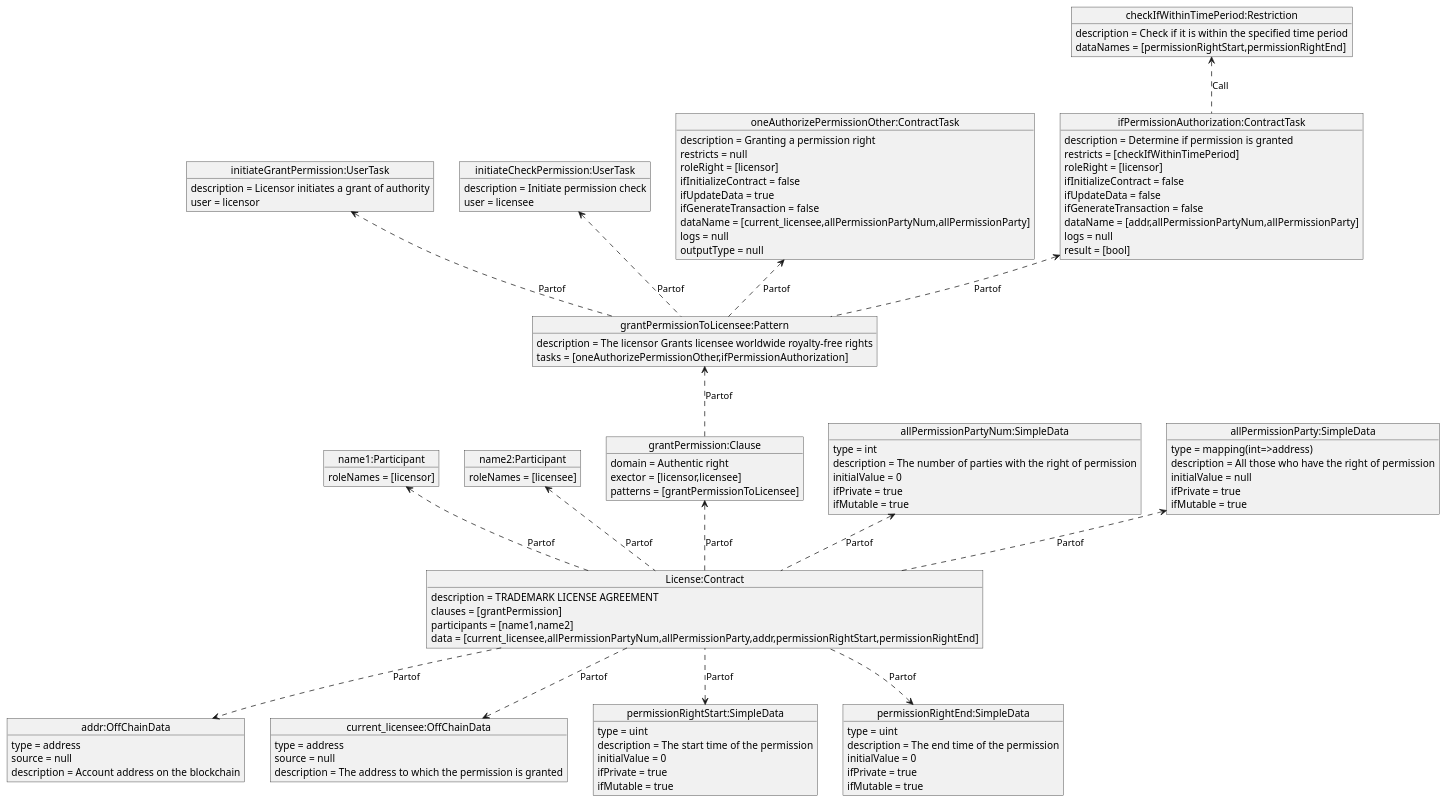
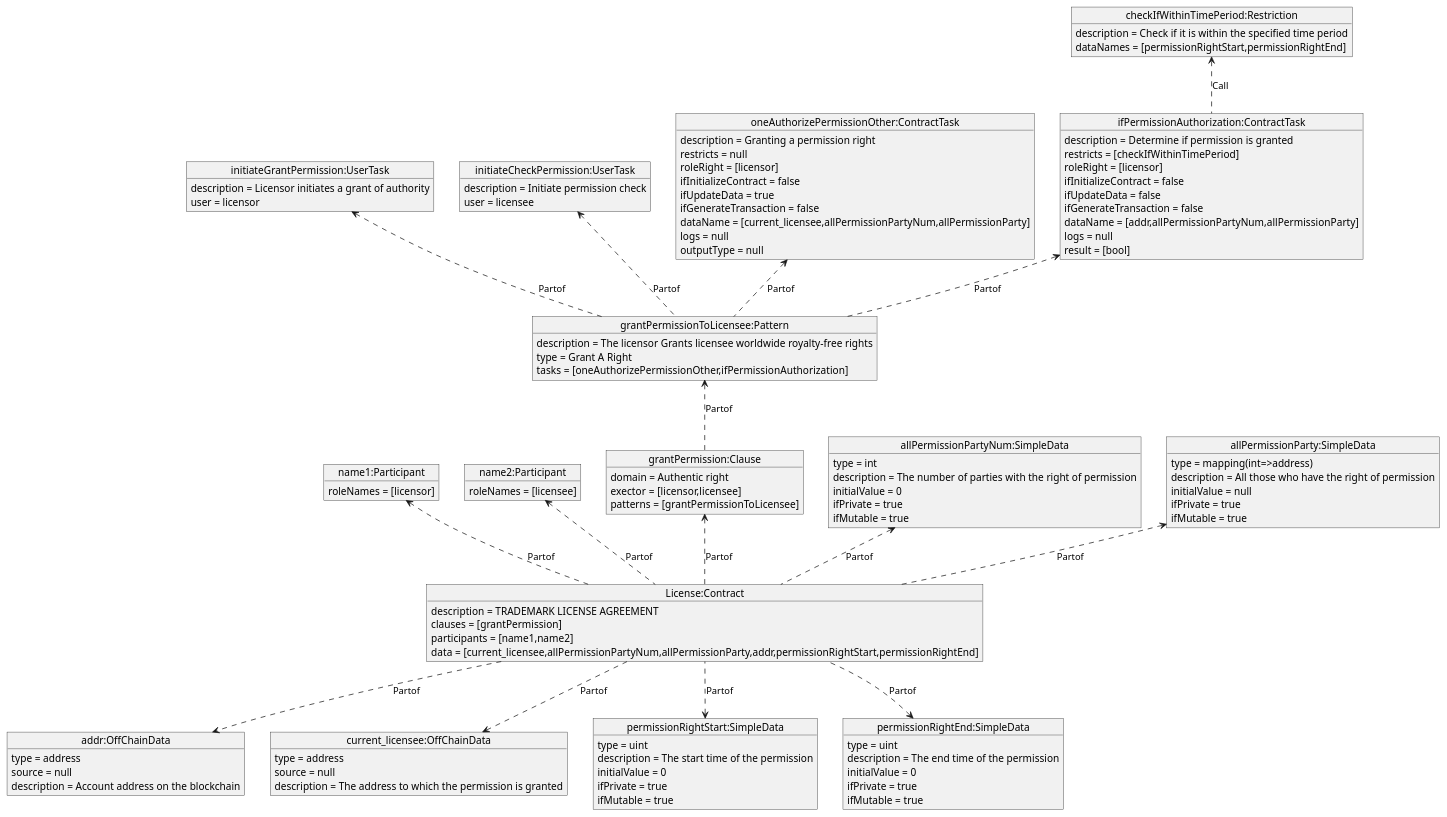
One commit to HIT-LWY/sc_MDA_code changed the diagram in plantUML_dia/a.puml. Above: the diagram before and after it, drawn with PlantUML. The commit also changed 3 other files, not shown here.

```diff
--- a/plantUML_dia/a.puml
+++ b/plantUML_dia/a.puml
@@ -1,97 +1,98 @@
 @startuml
 'https://plantuml.com/object-diagram
 object "License:Contract" as o1
 o1 : description = TRADEMARK LICENSE AGREEMENT
 o1 : clauses = [grantPermission]
 o1 : participants = [name1,name2]
 o1 : data = [current_licensee,allPermissionPartyNum,allPermissionParty,addr,permissionRightStart,permissionRightEnd]
 object "name1:Participant" as o2
 o2 : roleNames = [licensor]
 o2<..o1 : Partof
 object "name2:Participant" as o3
 o3 : roleNames = [licensee]
 o3<..o1 : Partof
 object "grantPermission:Clause" as o4
 o4 : domain = Authentic right
 o4 : exector = [licensor,licensee]
 o4 : patterns = [grantPermissionToLicensee]
 o4<..o1 : Partof
 object "grantPermissionToLicensee:Pattern" as o5
 o5 : description = The licensor Grants licensee worldwide royalty-free rights
+o5 : type = Grant A Right
 o5 : tasks = [oneAuthorizePermissionOther,ifPermissionAuthorization]
 o5<..o4 : Partof
 object "initiateGrantPermission:UserTask" as o9
 o9 : description = Licensor initiates a grant of authority
 o9 : user = licensor
 o9<..o5 : Partof
 object "initiateCheckPermission:UserTask" as o10
 o10 : description = Initiate permission check
 o10 : user = licensee
 o10<..o5 : Partof
 object "oneAuthorizePermissionOther:ContractTask" as o6
 o6 : description = Granting a permission right
 o6 : restricts = null
 o6 : roleRight = [licensor]
 o6 : ifInitializeContract = false
 o6 : ifUpdateData = true
 o6 : ifGenerateTransaction = false
 o6 : dataName = [current_licensee,allPermissionPartyNum,allPermissionParty]
 o6 : logs = null
 o6 : outputType = null
 o6<..o5 : Partof
 object "ifPermissionAuthorization:ContractTask" as o7
 o7 : description = Determine if permission is granted
 o7 : restricts = [checkIfWithinTimePeriod]
 o7 : roleRight = [licensor]
 o7 : ifInitializeContract = false
 o7 : ifUpdateData = false
 o7 : ifGenerateTransaction = false
 o7 : dataName = [addr,allPermissionPartyNum,allPermissionParty]
 o7 : logs = null
 o7 : result = [bool]
 o7<..o5 : Partof
 object "checkIfWithinTimePeriod:Restriction" as o8
 o8 : description = Check if it is within the specified time period
 o8 : dataNames = [permissionRightStart,permissionRightEnd]
 o8<..o7 : Call
 object "addr:OffChainData" as o63
 o63 : type = address
 o63 : source = null
 o63 : description = Account address on the blockchain
 o1..>o63 : Partof
 object "current_licensee:OffChainData" as o64
 o64 : type = address
 o64 : source = null
 o64 : description = The address to which the permission is granted
 o1..>o64 : Partof
 object "allPermissionPartyNum:SimpleData" as o65
 o65 : type = int
 o65 : description = The number of parties with the right of permission
 o65 : initialValue = 0
 o65 : ifPrivate = true
 o65 : ifMutable = true
 o65<..o1 : Partof
 object "allPermissionParty:SimpleData" as o66
 o66 : type = mapping(int=>address)
 o66 : description = All those who have the right of permission
 o66 : initialValue = null
 o66 : ifPrivate = true
 o66 : ifMutable = true
 o66<..o1 : Partof
 object "permissionRightStart:SimpleData" as o61
 o61 : type = uint
 o61 : description = The start time of the permission
 o61 : initialValue = 0
 o61 : ifPrivate = true
 o61 : ifMutable = true
 o61<..o1 : Partof
 object "permissionRightEnd:SimpleData" as o62
 o62 : type = uint
 o62 : description = The end time of the permission
 o62 : initialValue = 0
 o62 : ifPrivate = true
 o62 : ifMutable = true
 o62<..o1 : Partof
 o1 --[hidden] o62
 o1 --[hidden] o61
 @enduml
```
